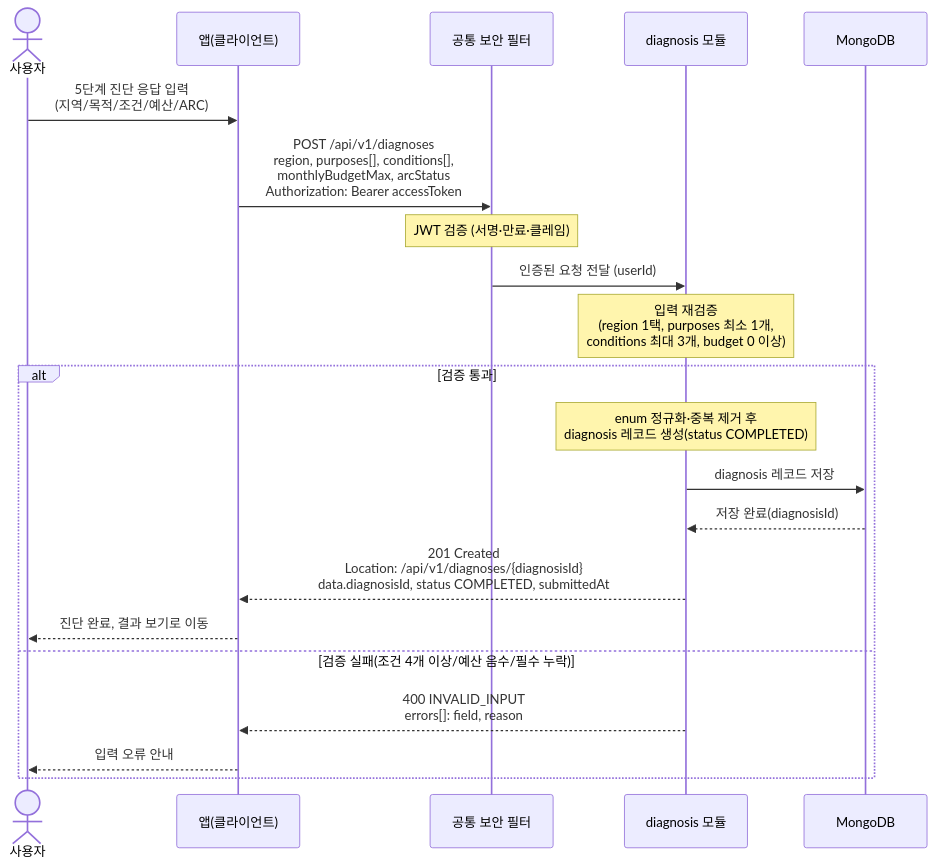
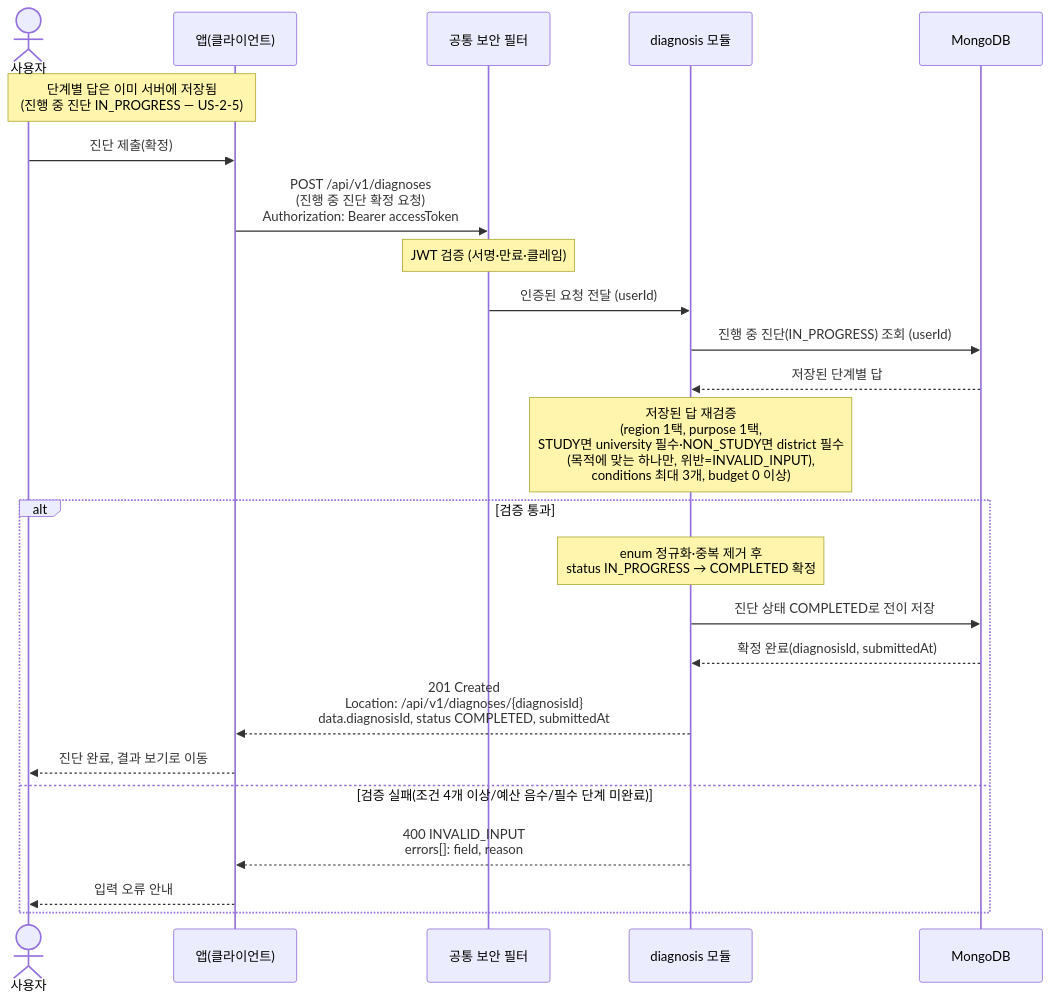
One commit to jameskim9509/Kohere-backend changed the diagram in docs/architecture/sequence-diagrams/02-diagnosis-recommendation/us-2-1-submit-diagnosis.md. Above: the diagram before and after it, drawn with Mermaid. The commit also changed other lines of this file and 20 other files, not shown here.

````diff
--- a/docs/architecture/sequence-diagrams/02-diagnosis-recommendation/us-2-1-submit-diagnosis.md
+++ b/docs/architecture/sequence-diagrams/02-diagnosis-recommendation/us-2-1-submit-diagnosis.md
@@ -5,24 +5,27 @@
 ```mermaid
 sequenceDiagram
     actor U as 사용자
     participant C as 앱(클라이언트)
     participant SEC as 공통 보안 필터
     participant DIAG as diagnosis 모듈
     participant DB as MongoDB
 
-    U->>C: 5단계 진단 응답 입력<br/>(지역/목적/조건/예산/ARC)
-    C->>SEC: POST /api/v1/diagnoses<br/>region, purposes[], conditions[],<br/>monthlyBudgetMax, arcStatus<br/>Authorization: Bearer accessToken
+    Note over U,C: 단계별 답은 이미 서버에 저장됨<br/>(진행 중 진단 IN_PROGRESS — US-2-5)
+    U->>C: 진단 제출(확정)
+    C->>SEC: POST /api/v1/diagnoses<br/>(진행 중 진단 확정 요청)<br/>Authorization: Bearer accessToken
     Note over SEC: JWT 검증 (서명·만료·클레임)
     SEC->>DIAG: 인증된 요청 전달 (userId)
-    Note over DIAG: 입력 재검증<br/>(region 1택, purposes 최소 1개,<br/>conditions 최대 3개, budget 0 이상)
+    DIAG->>DB: 진행 중 진단(IN_PROGRESS) 조회 (userId)
+    DB-->>DIAG: 저장된 단계별 답
+    Note over DIAG: 저장된 답 재검증<br/>(region 1택, purpose 1택,<br/>STUDY면 university 필수·NON_STUDY면 district 필수<br/>(목적에 맞는 하나만, 위반=INVALID_INPUT),<br/>conditions 최대 3개, budget 0 이상)
     alt 검증 통과
-        Note over DIAG: enum 정규화·중복 제거 후<br/>diagnosis 레코드 생성(status COMPLETED)
-        DIAG->>DB: diagnosis 레코드 저장
-        DB-->>DIAG: 저장 완료(diagnosisId)
+        Note over DIAG: enum 정규화·중복 제거 후<br/>status IN_PROGRESS → COMPLETED 확정
+        DIAG->>DB: 진단 상태 COMPLETED로 전이 저장
+        DB-->>DIAG: 확정 완료(diagnosisId, submittedAt)
         DIAG-->>C: 201 Created<br/>Location: /api/v1/diagnoses/{diagnosisId}<br/>data.diagnosisId, status COMPLETED, submittedAt
         C-->>U: 진단 완료, 결과 보기로 이동
-    else 검증 실패(조건 4개 이상/예산 음수/필수 누락)
+    else 검증 실패(조건 4개 이상/예산 음수/필수 단계 미완료)
         DIAG-->>C: 400 INVALID_INPUT<br/>errors[]: field, reason
         C-->>U: 입력 오류 안내
     end
 ```
````
